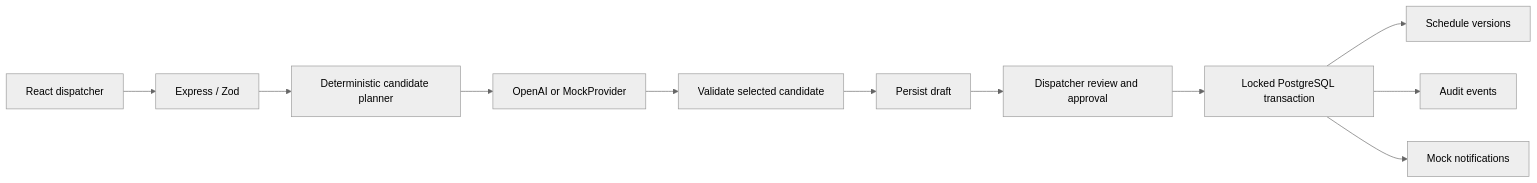
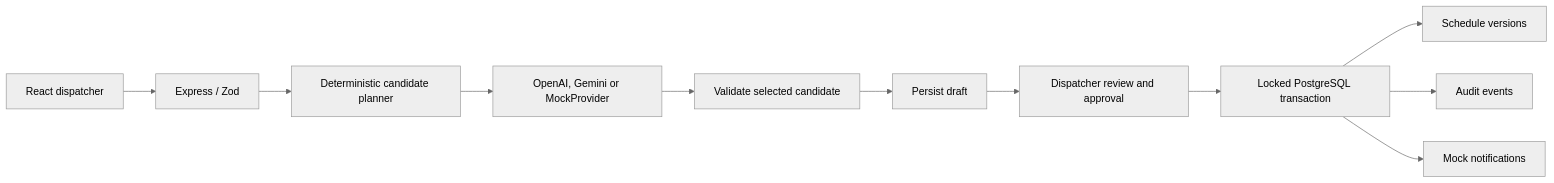
One commit to PranayAkuthota/aggroso changed the diagram in README.md. Above: the diagram before and after it, drawn with Mermaid (neutral theme). The commit also changed other lines of this file and 8 other files, not shown here.

Commit message:
Add Gemini advisor provider with validated proposals

````diff
--- a/README.md
+++ b/README.md
@@ -67,13 +67,13 @@
 ```mermaid
 flowchart LR
   UI[React dispatcher] --> API[Express / Zod]
   API --> Rules[Deterministic candidate planner]
-  Rules --> Advisor[OpenAI or MockProvider]
+  Rules --> Advisor[OpenAI, Gemini or MockProvider]
   Advisor --> Validate[Validate selected candidate]
   Validate --> Draft[Persist draft]
   Draft --> Human[Dispatcher review and approval]
   Human --> Commit[Locked PostgreSQL transaction]
   Commit --> Versions[Schedule versions]
   Commit --> Audit[Audit events]
   Commit --> Outbox[Mock notifications]
 ```
````
